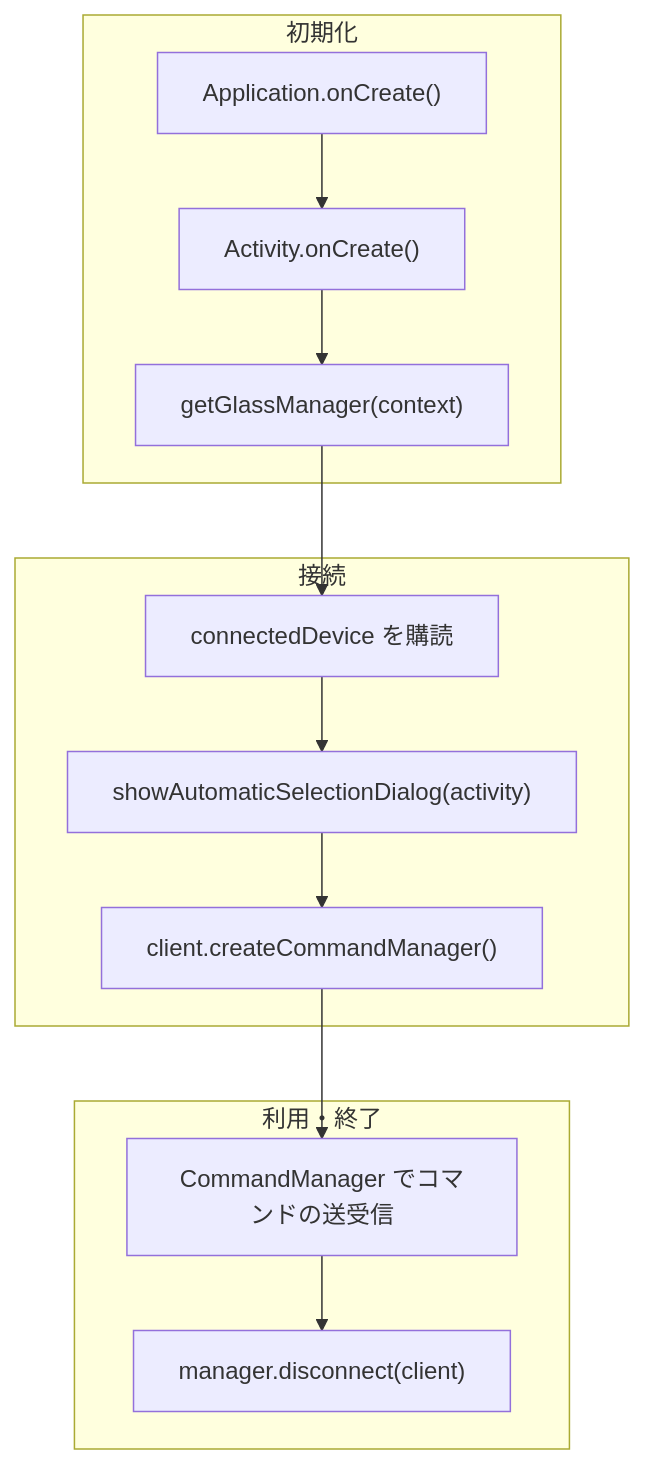
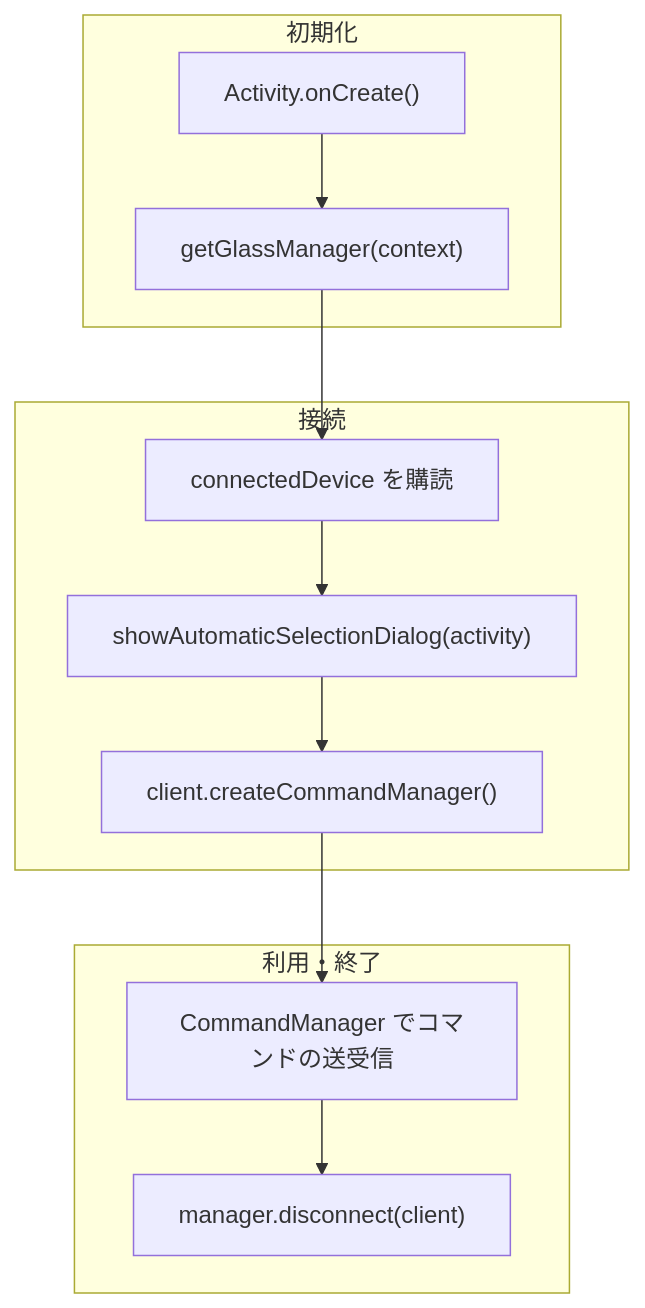
Before and after one commit to jig-SABERA/sabera-sdk: the diagram in docs/getting-started.md, drawn with Mermaid. The commit also changed other lines of this file, not shown here.

````diff
--- a/docs/getting-started.md
+++ b/docs/getting-started.md
@@ -26,19 +26,18 @@
 ```mermaid
 flowchart TD
     subgraph init["初期化"]
-        A["Application.onCreate()"] --> B["Activity.onCreate()"]
-        B --> C["getGlassManager(context)"]
+        B["Activity.onCreate()"] --> C["getGlassManager(context)"]
     end
 
     subgraph connect["接続"]
         D["connectedDevice を購読"] --> E["showAutomaticSelectionDialog(activity)"]
         E --> F["client.createCommandManager()"]
     end
 
     subgraph use["利用・終了"]
         G["CommandManager でコマンドの送受信"] --> H["manager.disconnect(client)"]
     end
 
     C --> D
     F --> G
 ```
````
